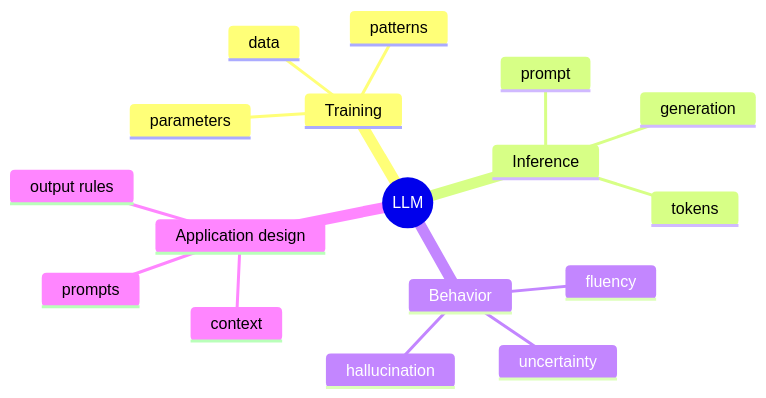
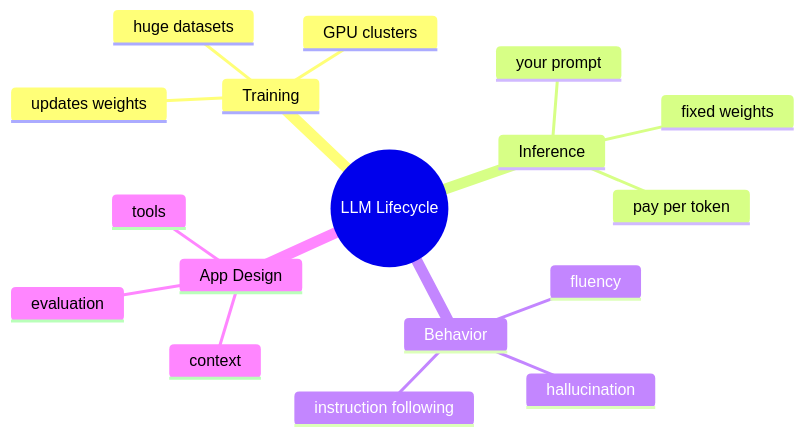
Before and after one commit to Asabeneh/30-Days-Of-AI-Engineering: the seventh of 12 diagrams in day_02/day_02_how_large_language_models_work.md, drawn with Mermaid. The commit also changed other lines of this file and 49 other files, not shown here.

````diff
--- a/day_02/day_02_how_large_language_models_work.md
+++ b/day_02/day_02_how_large_language_models_work.md
@@ -154,20 +312,20 @@
 ```mermaid
 mindmap
-    root((LLM))
+    root((LLM Lifecycle))
         Training
-            data
-            patterns
-            parameters
+            huge datasets
+            GPU clusters
+            updates weights
         Inference
-            prompt
-            tokens
-            generation
+            your prompt
+            fixed weights
+            pay per token
         Behavior
             fluency
-            uncertainty
             hallucination
-        Application design
+            instruction following
+        App Design
             context
-            prompts
-            output rules
+            tools
+            evaluation
 ```
````
